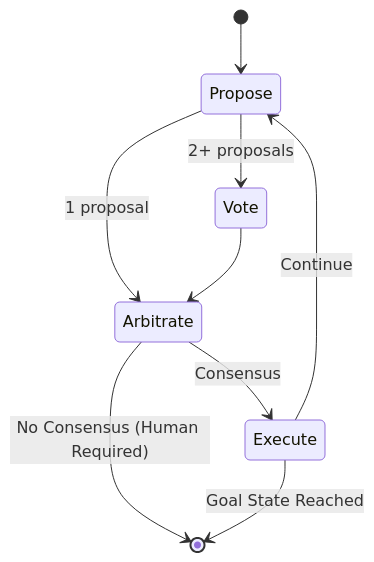
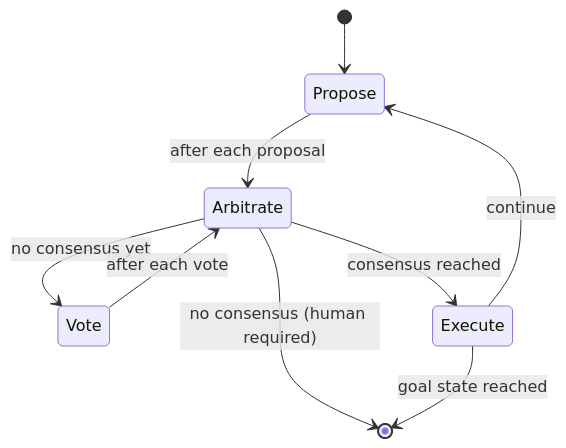
One commit to eloquentanalytics/dialai changed the diagram in website/docs/concepts/decision-cycle.md. Above: the diagram before and after it, drawn with Mermaid. The commit also changed 5 other files, not shown here.

````diff
--- a/website/docs/concepts/decision-cycle.md
+++ b/website/docs/concepts/decision-cycle.md
@@ -62,11 +62,11 @@
 ```mermaid
 stateDiagram-v2
     [*] --> Propose
-    Propose --> Vote: 2+ proposals
-    Propose --> Arbitrate: 1 proposal
-    Vote --> Arbitrate
-    Arbitrate --> Execute: Consensus
-    Arbitrate --> [*]: No Consensus (Human Required)
-    Execute --> [*]: Goal State Reached
-    Execute --> Propose: Continue
+    Propose --> Arbitrate: after each proposal
+    Arbitrate --> Vote: no consensus yet
+    Vote --> Arbitrate: after each vote
+    Arbitrate --> Execute: consensus reached
+    Arbitrate --> [*]: no consensus (human required)
+    Execute --> [*]: goal state reached
+    Execute --> Propose: continue
 ```
````
